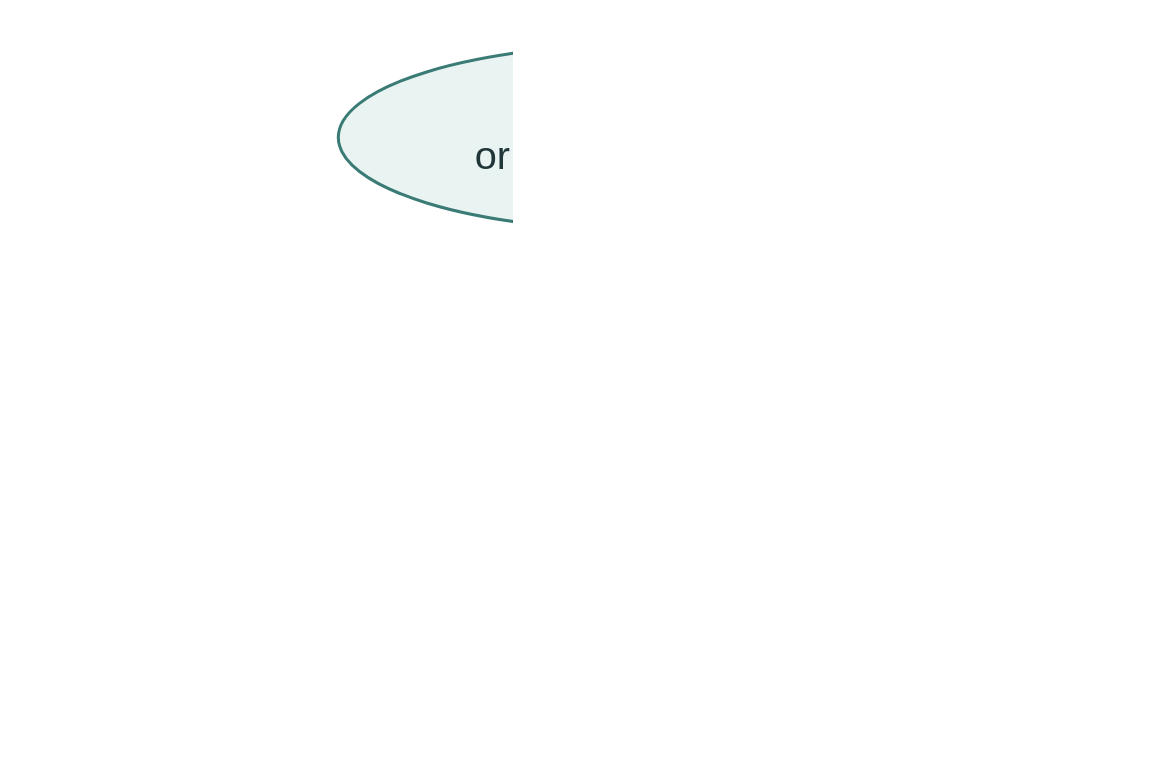
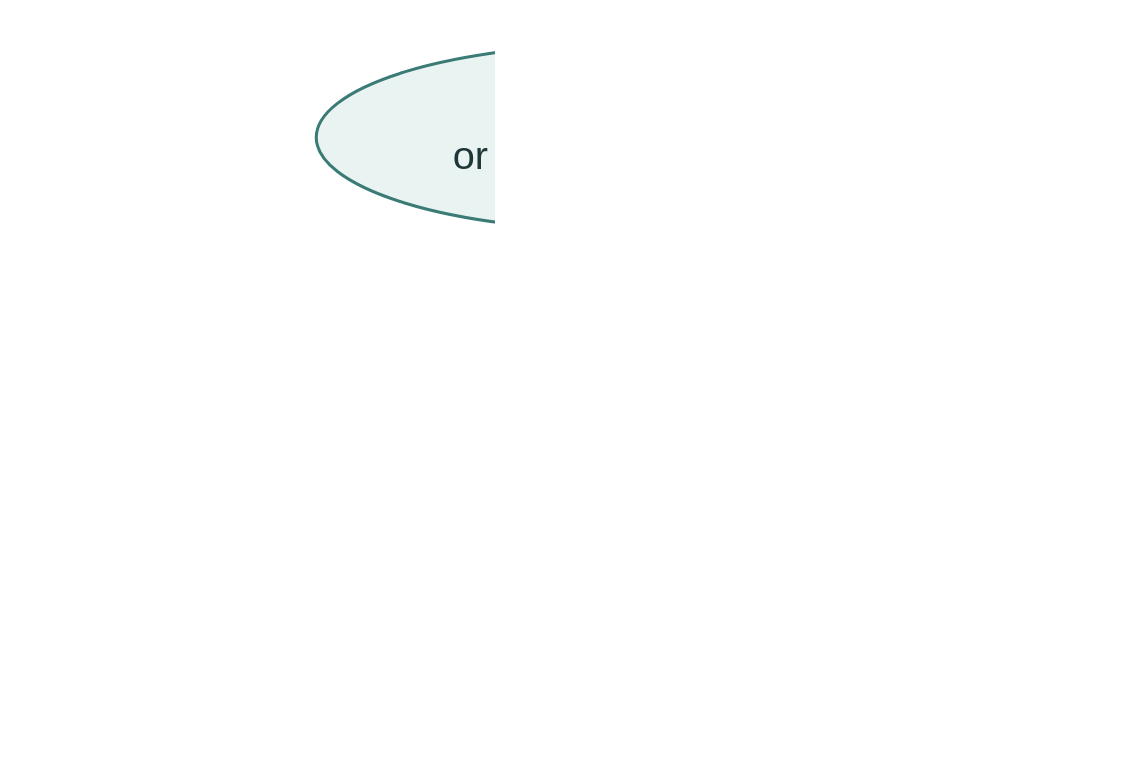
Before and after one commit to robotical/axiom-ros2: the diagram in docs/ros-graphs/ros2-services-graph.dot, drawn with Graphviz. The commit also changed 70 other files, not shown here.

```diff
--- a/docs/ros-graphs/ros2-services-graph.dot
+++ b/docs/ros-graphs/ros2-services-graph.dot
@@ -1,13 +1,13 @@
 digraph ros {
 
   graph [bgcolor="white", rankdir=TB, pad="0.25", nodesep="0.35", ranksep="0.5", fontname="Helvetica", dpi=180];
   node [fontname="Helvetica", fontsize=17, fontcolor="#203638", color="#81999d", penwidth=1.3, margin="0.16,0.12", shape=box, style=filled, fillcolor="white"];
   edge [fontname="Helvetica", fontsize=13, color="#517979", fontcolor="#49676d", penwidth=1.4, arrowsize=0.75];
 
   client [shape=ellipse, fillcolor="#e9f3f2", color="#3b7b75", label="ROS node\nor ros2 service call"];
-  services [label="/axiom/connect • disconnect • get_connection_state\n/axiom/publish_data_subscription • set_sample_rate\n/axiom/ric_rest_url • ping\n/axiom/bus_BUS/device_ADDRESS/commands/COMMAND"];
+  services [label="/axiom/connect • disconnect • get_connection_state\n/axiom/publish_data_subscription • set_sample_rate\n/axiom/ric_rest_url • ping\n/axiom/MODEL_bBUS_ADDRESS/commands/COMMAND"];
   driver [shape=ellipse, fillcolor="#e9f3f2", color="#3b7b75", label="/axiom/axiom_bridge_node"];
   client -> services [dir=both, style=dashed, label="request / response"];
   services -> driver [dir=both, style=dashed, label="service server"];
 
 }
```
